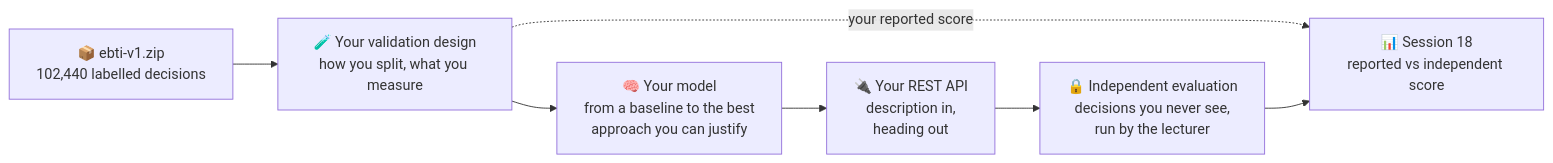
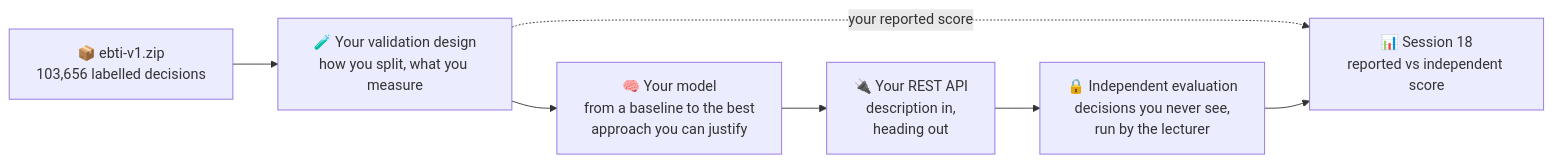
One commit to khoadaniel/statistical-programming-mpmd-htw-ws-2026 changed the first of 2 diagrams in sessions/17-18-final-presentations/final-project.md. Above: the diagram before and after it, drawn with Mermaid. The commit also changed other lines of this file and 36 other files, not shown here.

````diff
--- a/sessions/17-18-final-presentations/final-project.md
+++ b/sessions/17-18-final-presentations/final-project.md
@@ -7,9 +7,9 @@
 ```mermaid
 flowchart LR
-  A["📦 ebti-v1.zip<br/>102,440 labelled decisions"] --> B["🧪 Your validation design<br/>how you split, what you measure"]
+  A["📦 ebti-v1.zip<br/>103,656 labelled decisions"] --> B["🧪 Your validation design<br/>how you split, what you measure"]
   B --> C["🧠 Your model<br/>from a baseline to the best<br/>approach you can justify"]
   C --> D["🔌 Your REST API<br/>description in,<br/>heading out"]
   D --> E["🔒 Independent evaluation<br/>decisions you never see,<br/>run by the lecturer"]
   B -. "your reported score" .-> F["📊 Session 18<br/>reported vs independent score"]
   E --> F
 ```
````
